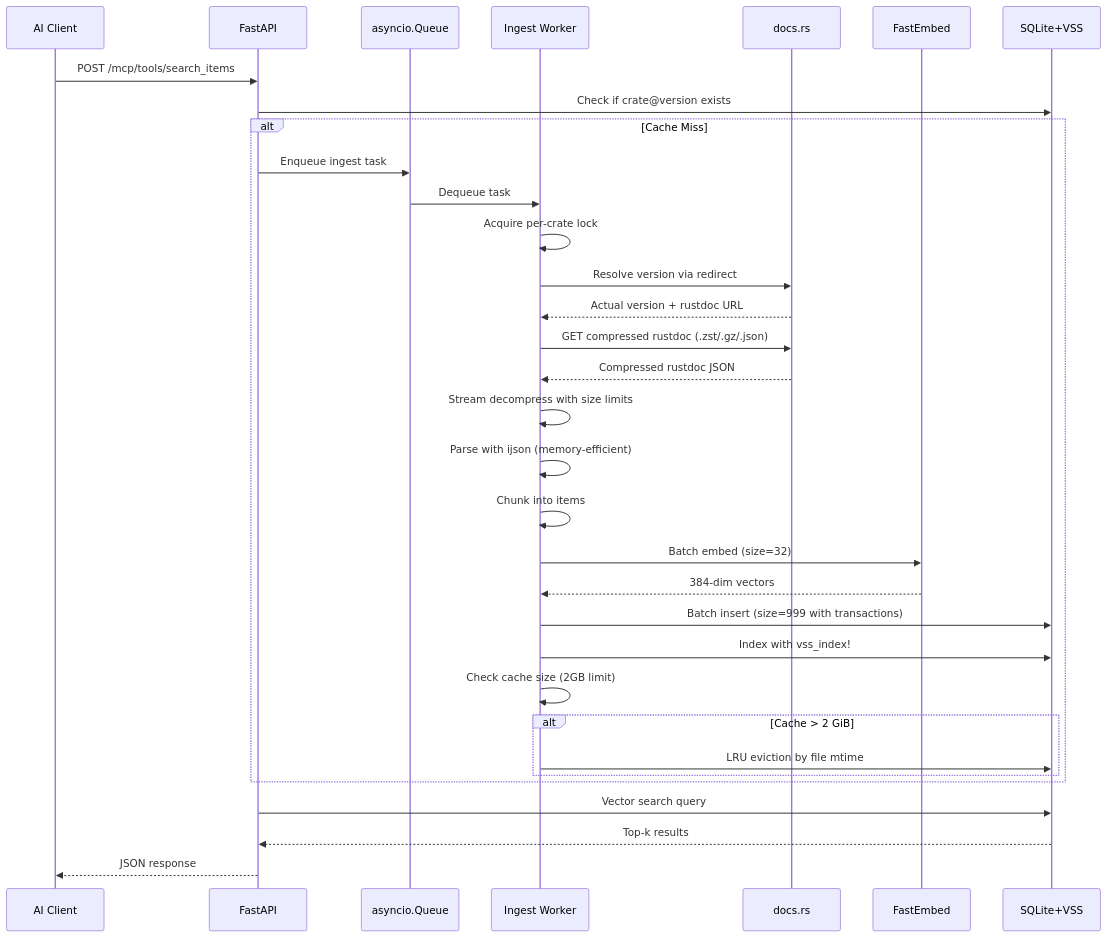
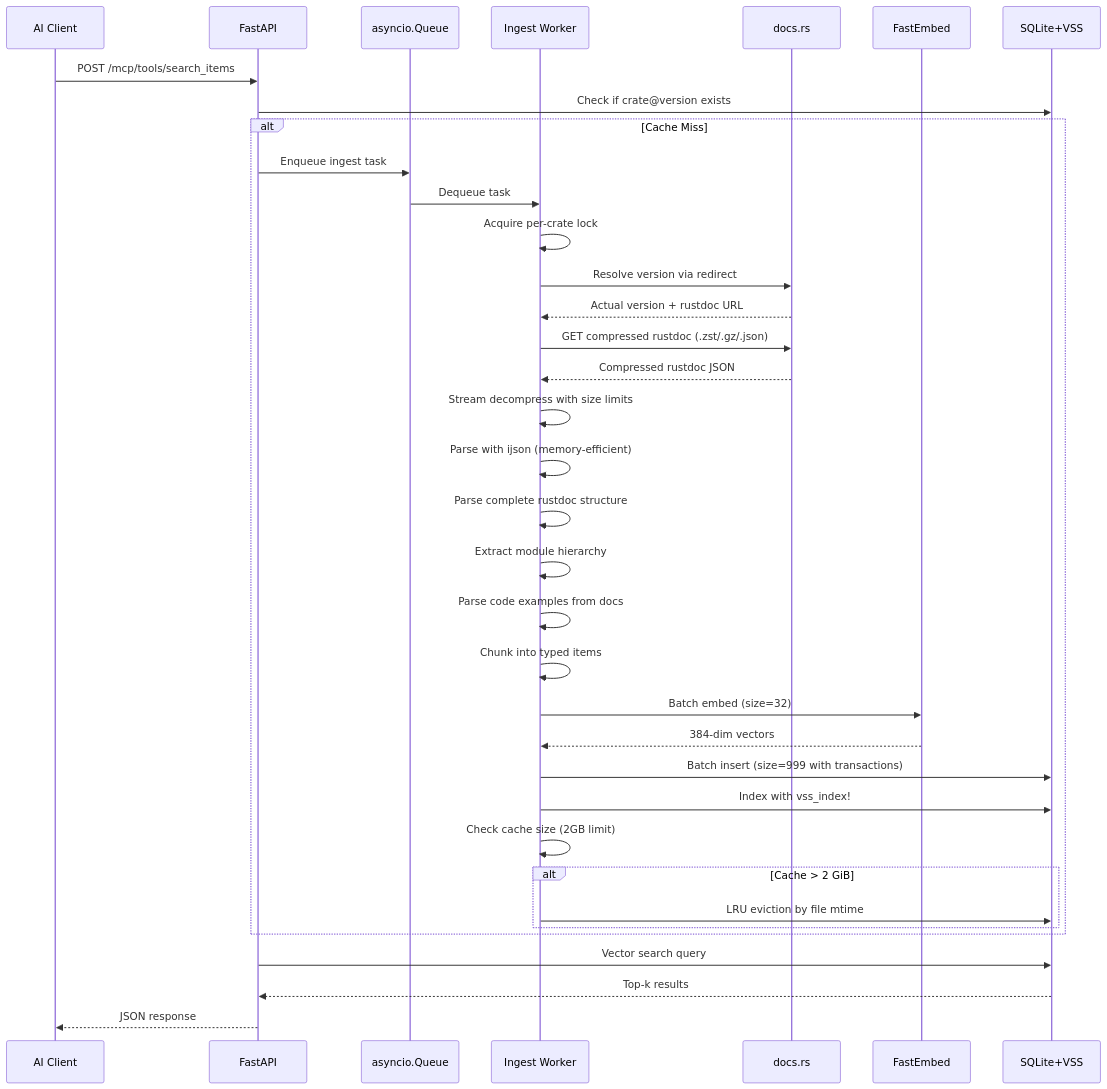
Before and after one commit to RimoVR/docsrs-mcp: the third of 16 diagrams in Architecture.md, drawn with Mermaid. The commit also changed other lines of this file and 7 other files, not shown here.

````diff
--- a/Architecture.md
+++ b/Architecture.md
@@ -105,38 +109,41 @@
 ```mermaid
 sequenceDiagram
     participant Client as AI Client
     participant API as FastAPI
     participant Queue as asyncio.Queue
     participant Worker as Ingest Worker
     participant DocsRS as docs.rs
     participant Embed as FastEmbed
     participant DB as SQLite+VSS
     
     Client->>API: POST /mcp/tools/search_items
     API->>DB: Check if crate@version exists
     
     alt Cache Miss
         API->>Queue: Enqueue ingest task
         Queue->>Worker: Dequeue task
         Worker->>Worker: Acquire per-crate lock
         Worker->>DocsRS: Resolve version via redirect
         DocsRS-->>Worker: Actual version + rustdoc URL
         Worker->>DocsRS: GET compressed rustdoc (.zst/.gz/.json)
         DocsRS-->>Worker: Compressed rustdoc JSON
         Worker->>Worker: Stream decompress with size limits
         Worker->>Worker: Parse with ijson (memory-efficient)
-        Worker->>Worker: Chunk into items
+        Worker->>Worker: Parse complete rustdoc structure
+        Worker->>Worker: Extract module hierarchy
+        Worker->>Worker: Parse code examples from docs
+        Worker->>Worker: Chunk into typed items
         Worker->>Embed: Batch embed (size=32)
         Embed-->>Worker: 384-dim vectors
         Worker->>DB: Batch insert (size=999 with transactions)
         Worker->>DB: Index with vss_index!
         Worker->>Worker: Check cache size (2GB limit)
         alt Cache > 2 GiB
             Worker->>DB: LRU eviction by file mtime
         end
     end
     
     API->>DB: Vector search query
     DB-->>API: Top-k results
     API-->>Client: JSON response
 ```
````
